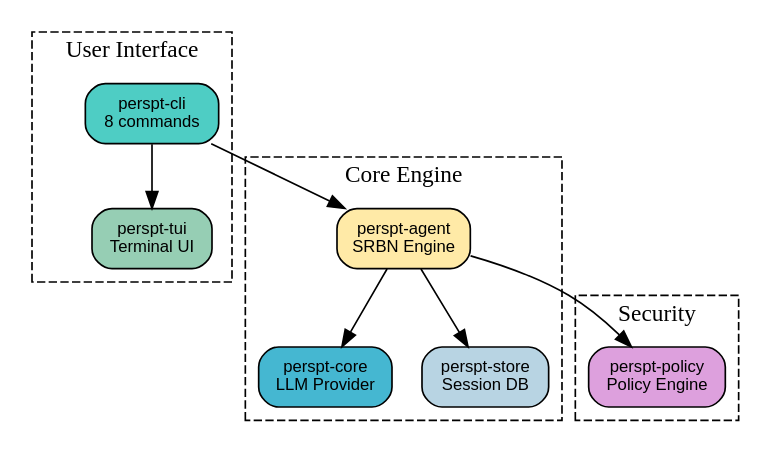
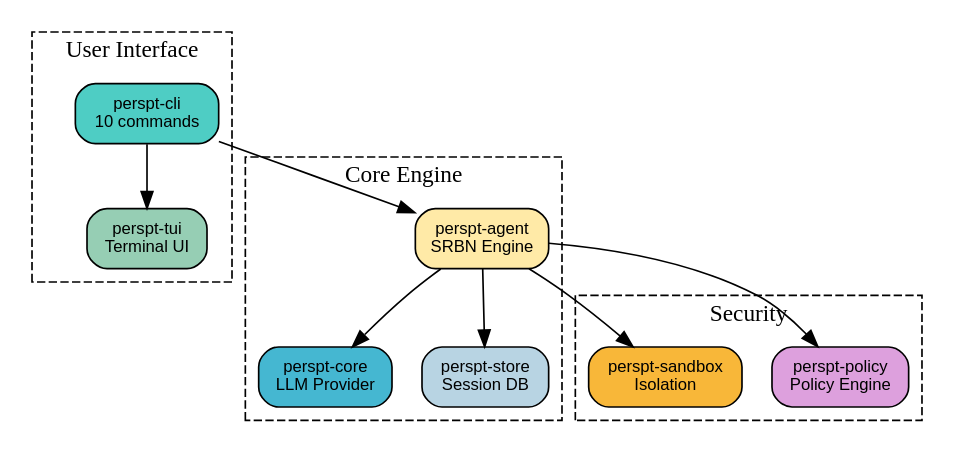
The first of 2 diagrams in docs/perspt_book/source/introduction.rst (eonseed/perspt), drawn with Graphviz before and after one commit. The commit also changed other lines of this file and 19 other files, not shown here.

```diff
--- a/docs/perspt_book/source/introduction.rst
+++ b/docs/perspt_book/source/introduction.rst
@@ -37,35 +37,37 @@
 .. graphviz::
    :align: center
    :caption: Perspt Architecture Overview
 
    digraph arch {
        rankdir=TB;
        node [shape=box, style="rounded,filled", fontname="Helvetica", fontsize=10];
        
        subgraph cluster_cli {
            label="User Interface";
            style=dashed;
-           cli [label="perspt-cli\n8 commands", fillcolor="#4ECDC4"];
+           cli [label="perspt-cli\n10 commands", fillcolor="#4ECDC4"];
            tui [label="perspt-tui\nTerminal UI", fillcolor="#96CEB4"];
        }
        
        subgraph cluster_core {
            label="Core Engine";
            style=dashed;
            core [label="perspt-core\nLLM Provider", fillcolor="#45B7D1"];
            agent [label="perspt-agent\nSRBN Engine", fillcolor="#FFEAA7"];
            store [label="perspt-store\nSession DB", fillcolor="#B8D4E3"];
        }
        
        subgraph cluster_security {
            label="Security";
            style=dashed;
            policy [label="perspt-policy\nPolicy Engine", fillcolor="#DDA0DD"];
+           sandbox [label="perspt-sandbox\nIsolation", fillcolor="#F8B739"];
        }
        
        cli -> tui;
        cli -> agent;
        agent -> core;
        agent -> store;
        agent -> policy;
+       agent -> sandbox;
    }
```
